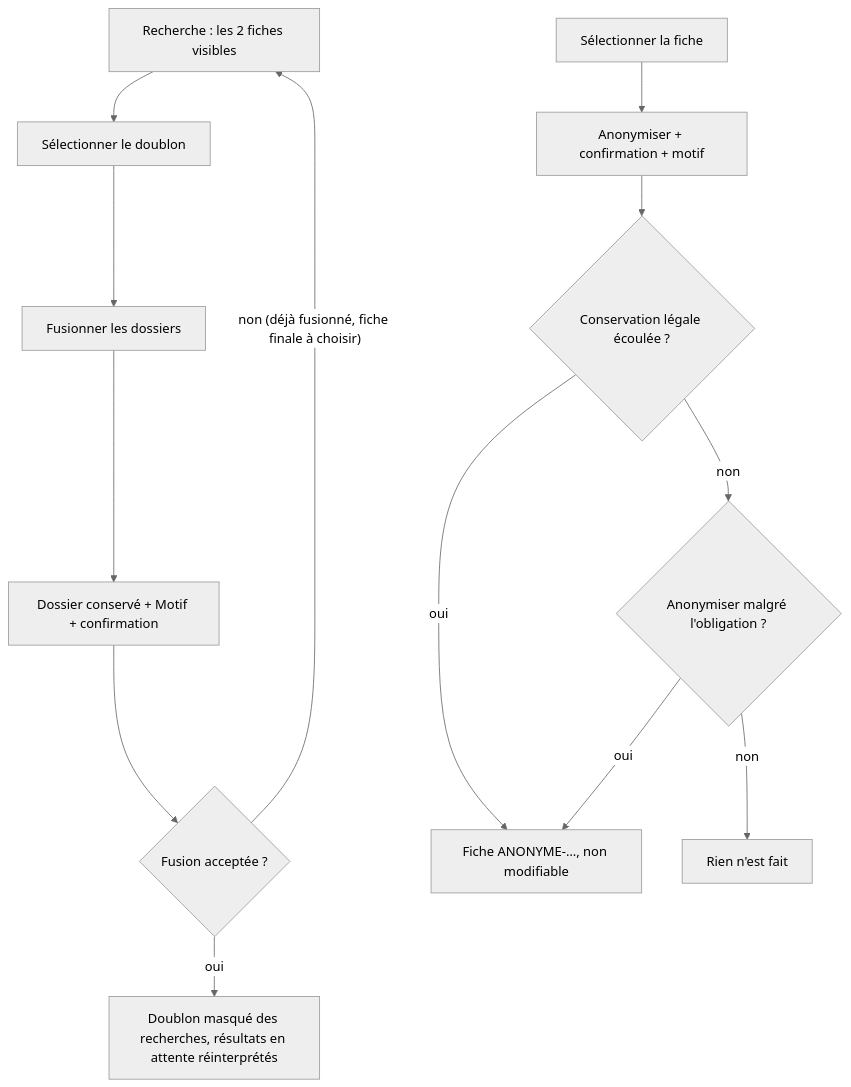
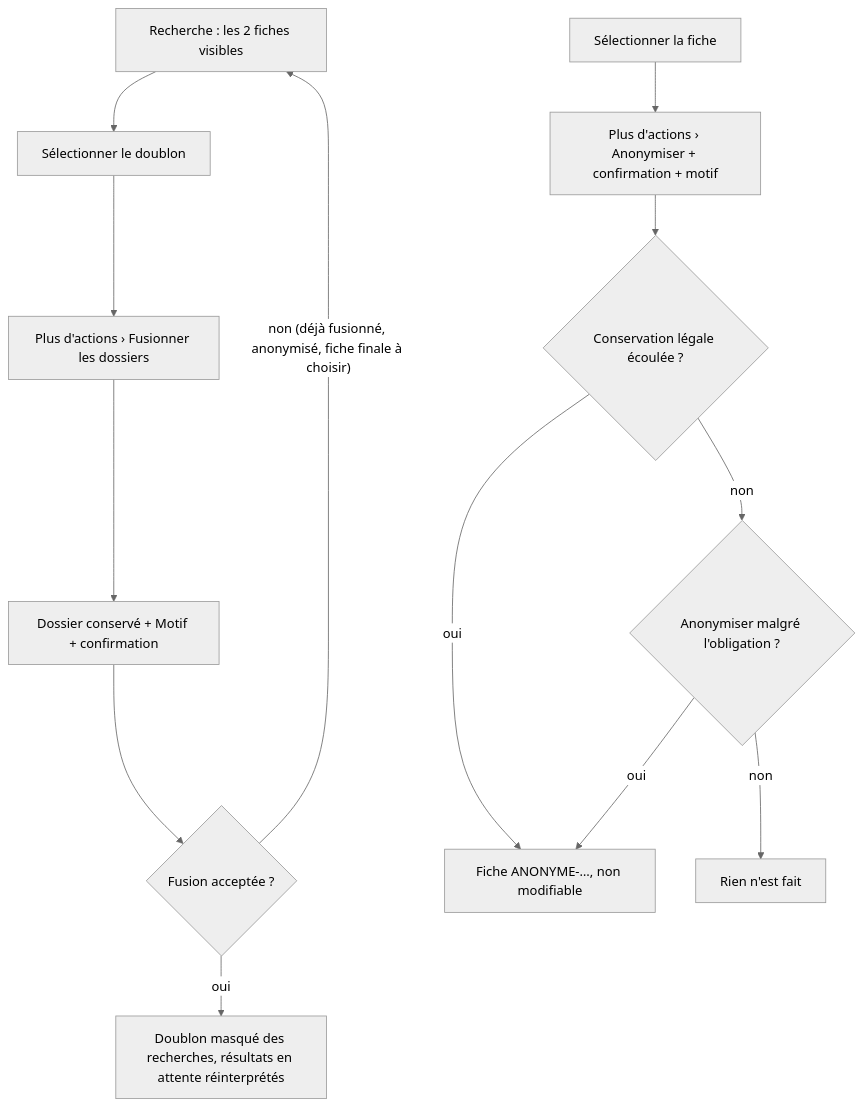
Before and after one commit to J4dJad/MarocLis: the third of 8 diagrams in docs/manuel/01-accueil-enregistrement.md, drawn with Mermaid (neutral theme). The commit also changed other lines of this file and 5 other files, not shown here.

````diff
--- a/docs/manuel/01-accueil-enregistrement.md
+++ b/docs/manuel/01-accueil-enregistrement.md
@@ -182,15 +223,15 @@
 ```mermaid
 flowchart TD
     A["Recherche : les 2 fiches visibles"] --> B["Sélectionner le doublon"]
-    B --> C["Fusionner les dossiers"]
+    B --> C["Plus d'actions › Fusionner les dossiers"]
     C --> D["Dossier conservé + Motif + confirmation"]
     D --> E{"Fusion acceptée ?"}
-    E -- "non (déjà fusionné, fiche finale à choisir)" --> A
+    E -- "non (déjà fusionné, anonymisé, fiche finale à choisir)" --> A
     E -- oui --> F["Doublon masqué des recherches, résultats en attente réinterprétés"]
-    G["Sélectionner la fiche"] --> H["Anonymiser + confirmation + motif"]
+    G["Sélectionner la fiche"] --> H["Plus d'actions › Anonymiser + confirmation + motif"]
     H --> I{"Conservation légale écoulée ?"}
     I -- oui --> J["Fiche ANONYME-…, non modifiable"]
     I -- non --> K{"Anonymiser malgré l'obligation ?"}
     K -- oui --> J
     K -- non --> L["Rien n'est fait"]
 ```
````
